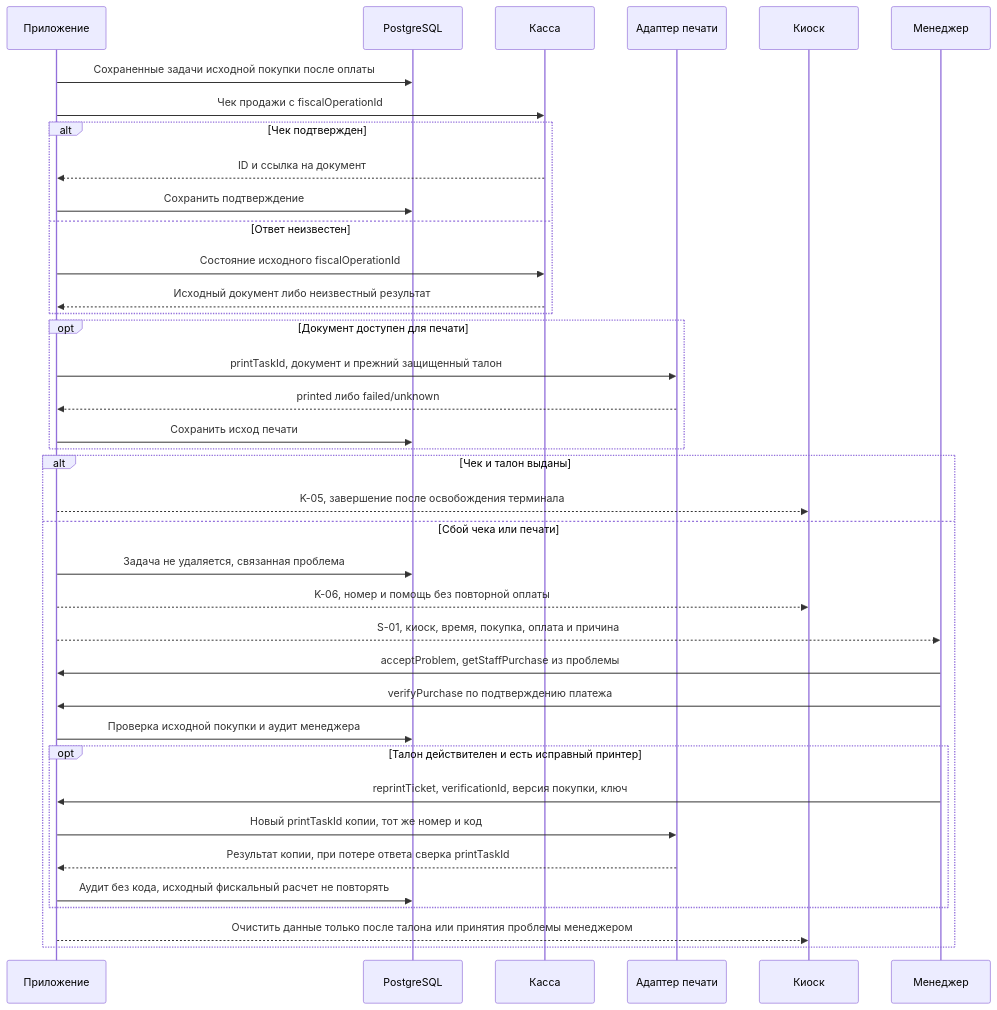
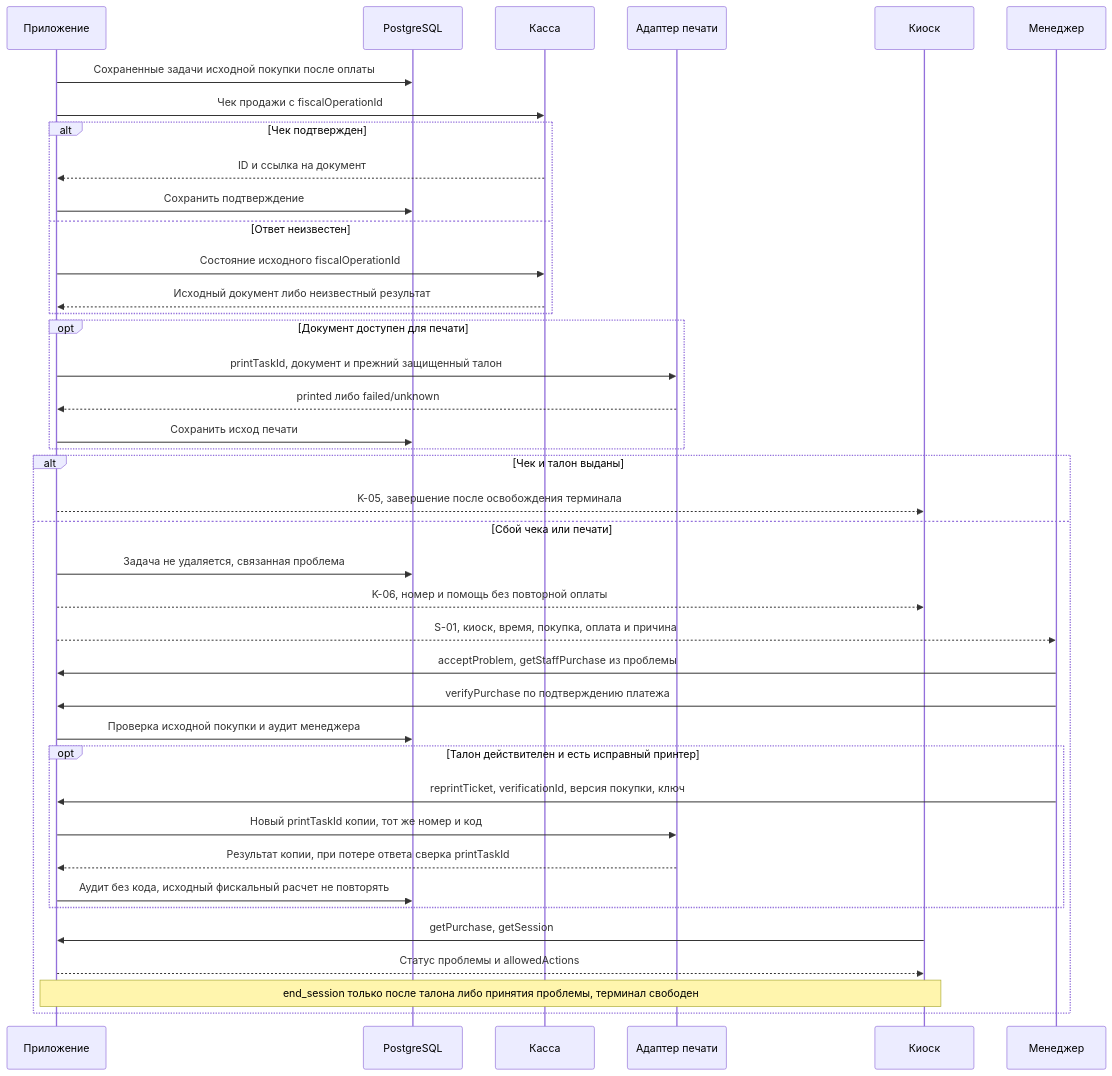
One commit to n-leo-leo/restaurant-order-board changed the third of 8 diagrams in docs/project/published/04_architecture/integration-flows.md. Above: the diagram before and after it, drawn with Mermaid. The commit also changed other lines of this file and 27 other files, not shown here.

````diff
--- a/docs/project/published/04_architecture/integration-flows.md
+++ b/docs/project/published/04_architecture/integration-flows.md
@@ -79,40 +93,42 @@
 ```mermaid
 sequenceDiagram
 participant App as Приложение
 participant DB as PostgreSQL
 participant Cash as Касса
 participant Printer as Адаптер печати
 participant Kiosk as Киоск
 participant Manager as Менеджер
 App->>DB: Сохраненные задачи исходной покупки после оплаты
 App->>Cash: Чек продажи с fiscalOperationId
 alt Чек подтвержден
 Cash-->>App: ID и ссылка на документ
 App->>DB: Сохранить подтверждение
 else Ответ неизвестен
 App->>Cash: Состояние исходного fiscalOperationId
 Cash-->>App: Исходный документ либо неизвестный результат
 end
 opt Документ доступен для печати
 App->>Printer: printTaskId, документ и прежний защищенный талон
 Printer-->>App: printed либо failed/unknown
 App->>DB: Сохранить исход печати
 end
 alt Чек и талон выданы
 App-->>Kiosk: K-05, завершение после освобождения терминала
 else Сбой чека или печати
 App->>DB: Задача не удаляется, связанная проблема
 App-->>Kiosk: K-06, номер и помощь без повторной оплаты
 App-->>Manager: S-01, киоск, время, покупка, оплата и причина
 Manager->>App: acceptProblem, getStaffPurchase из проблемы
 Manager->>App: verifyPurchase по подтверждению платежа
 App->>DB: Проверка исходной покупки и аудит менеджера
 opt Талон действителен и есть исправный принтер
 Manager->>App: reprintTicket, verificationId, версия покупки, ключ
 App->>Printer: Новый printTaskId копии, тот же номер и код
 Printer-->>App: Результат копии, при потере ответа сверка printTaskId
 App->>DB: Аудит без кода, исходный фискальный расчет не повторять
 end
-App-->>Kiosk: Очистить данные только после талона или принятия проблемы менеджером
+Kiosk->>App: getPurchase, getSession
+App-->>Kiosk: Статус проблемы и allowedActions
+Note over App,Kiosk: end_session только после талона либо принятия проблемы, терминал свободен
 end
 ```
````
